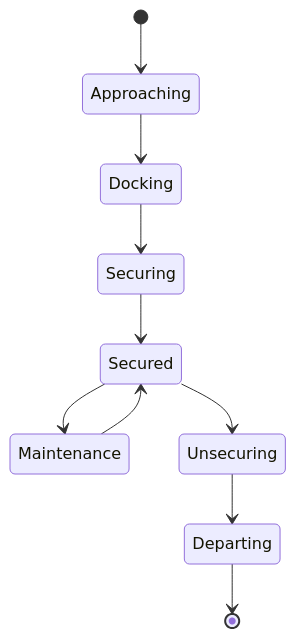
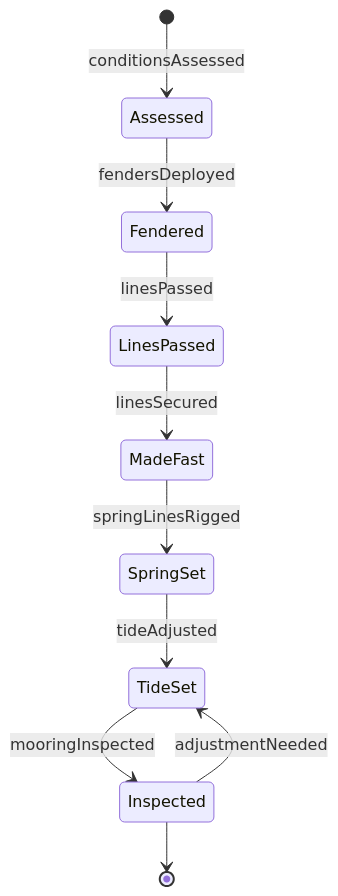
Before and after one commit to dot-org-ai/tasks.org.ai: the second of 4 diagrams in HandlingAndMovingObjects/TendWatercraft/SecureWatercraftDocksWharvesVessels.mdx, drawn with Mermaid. The commit also changed other lines of this file and 515 other files, not shown here.

````diff
--- a/HandlingAndMovingObjects/TendWatercraft/SecureWatercraftDocksWharvesVessels.mdx
+++ b/HandlingAndMovingObjects/TendWatercraft/SecureWatercraftDocksWharvesVessels.mdx
@@ -100,12 +101,12 @@
 ```mermaid
 stateDiagram-v2
-    [*] --> Approaching
-    Approaching --> Docking
-    Docking --> Securing
-    Securing --> Secured
-    Secured --> Maintenance
-    Maintenance --> Secured
-    Secured --> Unsecuring
-    Unsecuring --> Departing
-    Departing --> [*]
+    [*] --> Assessed : conditionsAssessed
+    Assessed --> Fendered : fendersDeployed
+    Fendered --> LinesPassed : linesPassed
+    LinesPassed --> MadeFast : linesSecured
+    MadeFast --> SpringSet : springLinesRigged
+    SpringSet --> TideSet : tideAdjusted
+    TideSet --> Inspected : mooringInspected
+    Inspected --> TideSet : adjustmentNeeded
+    Inspected --> [*]
 ```
````
